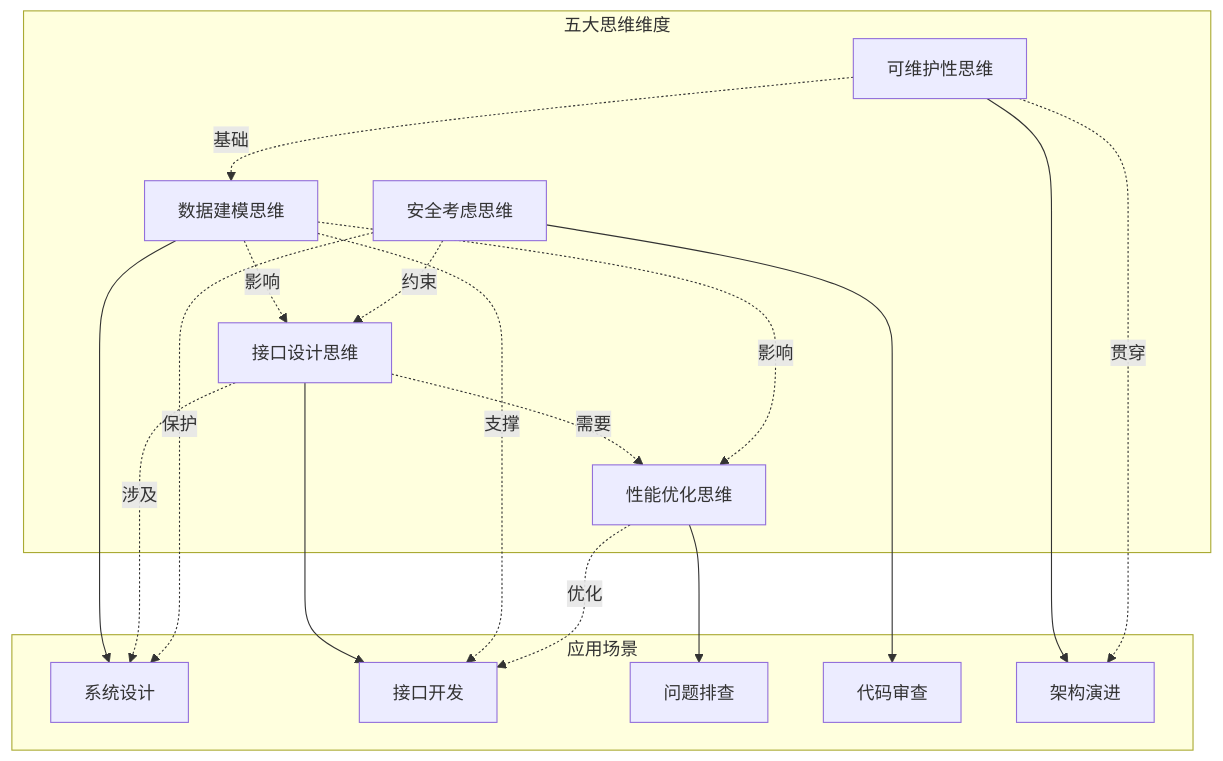
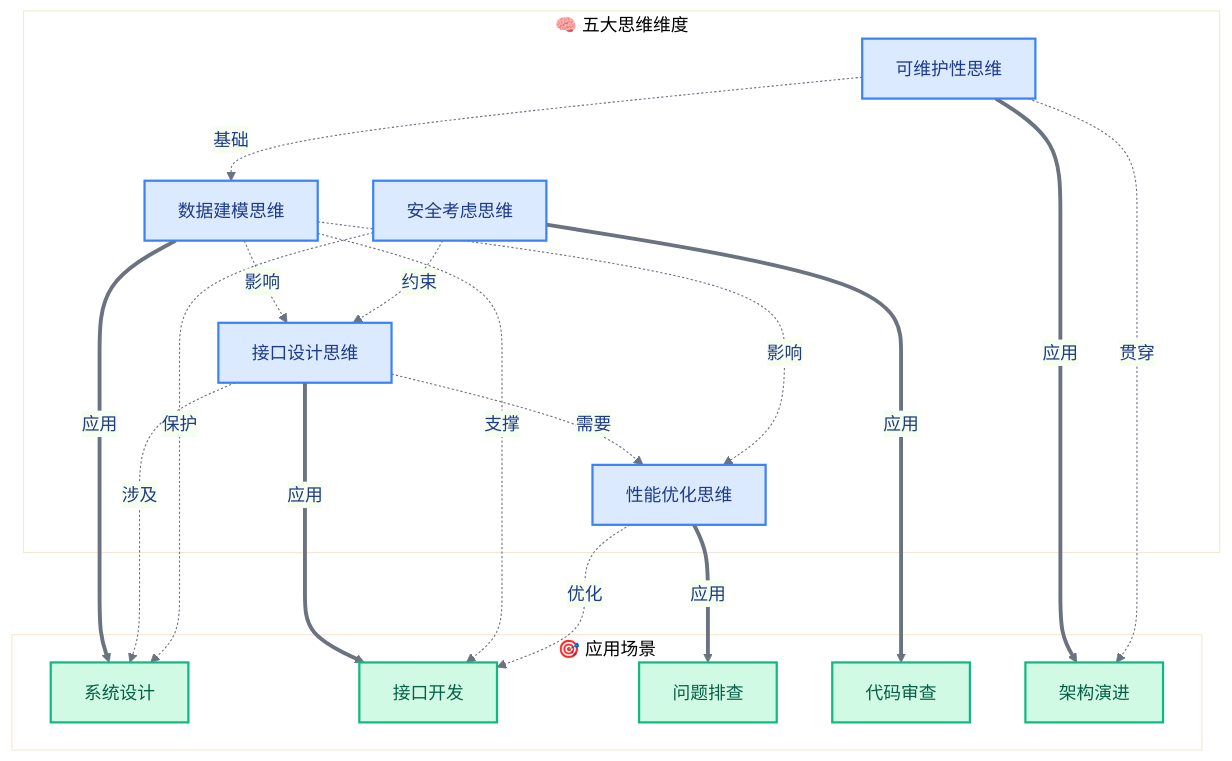
Before and after one commit to hata33/ruoyi-fastapi-full-stack: the second of 5 diagrams in ruoyi-fastapi-backend/docs/learning/06-后端知识地图/03-思维培养体系.md, drawn with Mermaid. The commit also changed other lines of this file and 9 other files, not shown here.

````diff
--- a/ruoyi-fastapi-backend/docs/learning/06-后端知识地图/03-思维培养体系.md
+++ b/ruoyi-fastapi-backend/docs/learning/06-后端知识地图/03-思维培养体系.md
@@ -46,32 +56,44 @@
 ```mermaid
+%%{init: {'theme': 'base', 'themeVariables': {
+  'primaryColor': '#EFF6FF',
+  'primaryTextColor': '#1e3a8a',
+  'primaryBorderColor': '#3B82F6',
+  'lineColor': '#6B7280'
+}}}%%
 graph TB
-    subgraph 思维维度[五大思维维度]
+    subgraph 思维维度["🧠 五大思维维度"]
         M1[数据建模思维]
         M2[接口设计思维]
         M3[性能优化思维]
         M4[安全考虑思维]
         M5[可维护性思维]
     end
-    subgraph 应用场景[应用场景]
+    subgraph 应用场景["🎯 应用场景"]
         S1[系统设计]
         S2[接口开发]
         S3[问题排查]
         S4[代码审查]
         S5[架构演进]
     end
-    M1 --> S1
-    M2 --> S2
-    M3 --> S3
-    M4 --> S4
-    M5 --> S5
+    M1 ==>|应用| S1
+    M2 ==>|应用| S2
+    M3 ==>|应用| S3
+    M4 ==>|应用| S4
+    M5 ==>|应用| S5
     M1 -.->|影响| M2
     M2 -.->|需要| M3
     M4 -.->|约束| M2
     M5 -.->|基础| M1
     M1 -.->|影响| M3
     M1 -.->|支撑| S2
     M2 -.->|涉及| S1
     M3 -.->|优化| S2
     M4 -.->|保护| S1
     M5 -.->|贯穿| S5
+
+    classDef thinking fill:#DBEAFE,stroke:#3B82F6,stroke-width:2px,color:#1e3a8a
+    classDef scenario fill:#D1FAE5,stroke:#10B981,stroke-width:2px,color:#065f46
+
+    class M1,M2,M3,M4,M5 thinking
+    class S1,S2,S3,S4,S5 scenario
 ```
````
